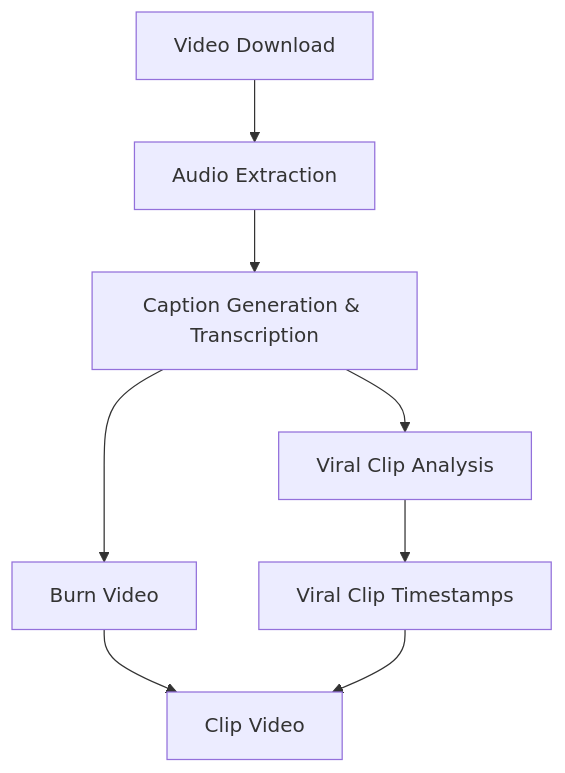
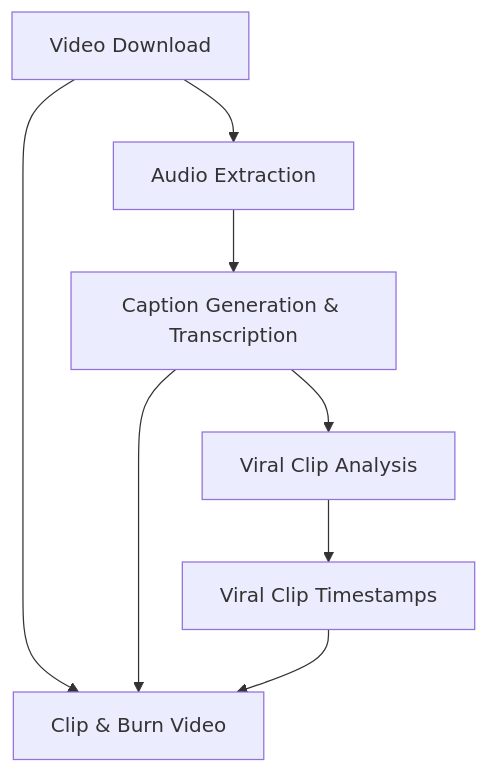
The diagram in README.md (CrypticMessenger/Youtube-Automation), drawn with Mermaid before and after one commit. The commit also changed other lines of this file and 1 other file, not shown here.

````diff
--- a/README.md
+++ b/README.md
@@ -178,10 +182,10 @@
 ```mermaid
 graph TD
-  A[Video Download] --> B[Audio Extraction]
-  B --> C[Caption Generation & Transcription]
-  C --> D[Viral Clip Analysis]
-  C --> E[Burn Video]
-  D --> F[Viral Clip Timestamps]
-  E --> G[Clip Video]
-  F --> G
+    A[Video Download] --> B[Audio Extraction]
+    B --> C[Caption Generation & Transcription]
+    C --> D[Viral Clip Analysis]
+    D --> E[Viral Clip Timestamps]
+    A --> F[Clip & Burn Video]
+    C --> F
+    E --> F
 ```
````
